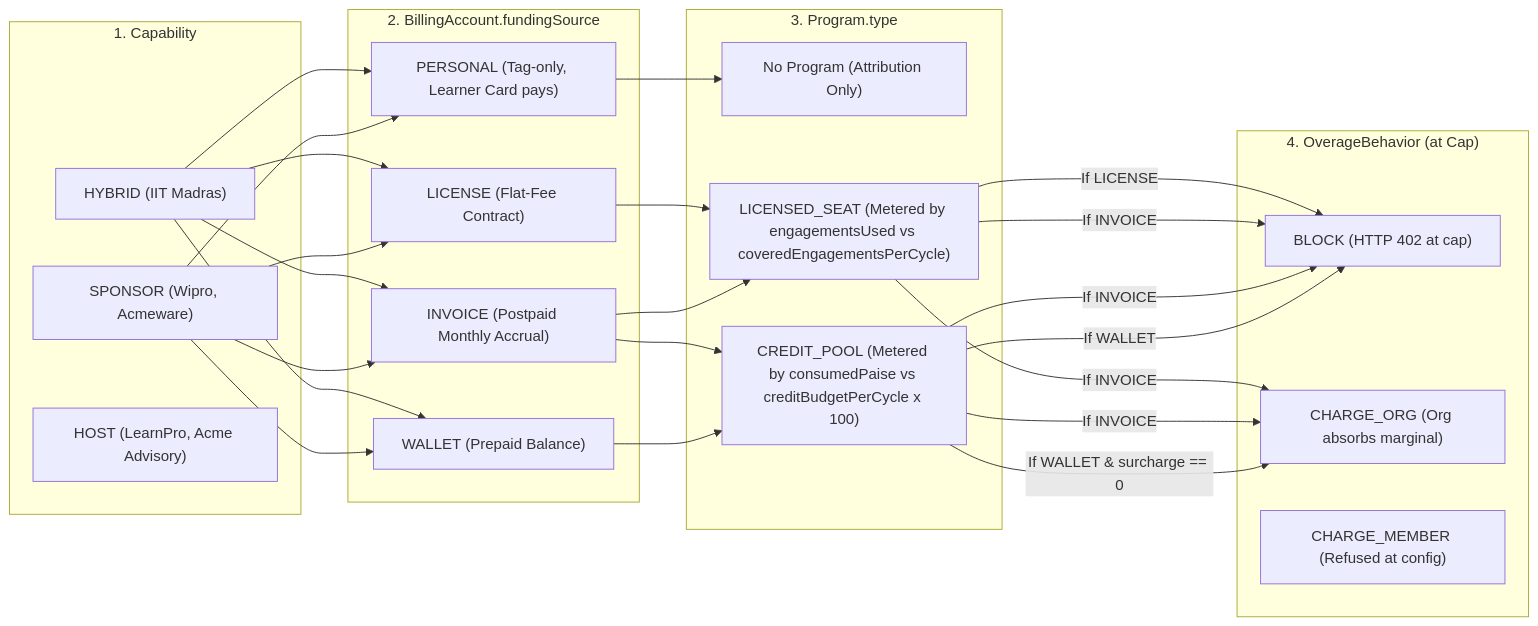
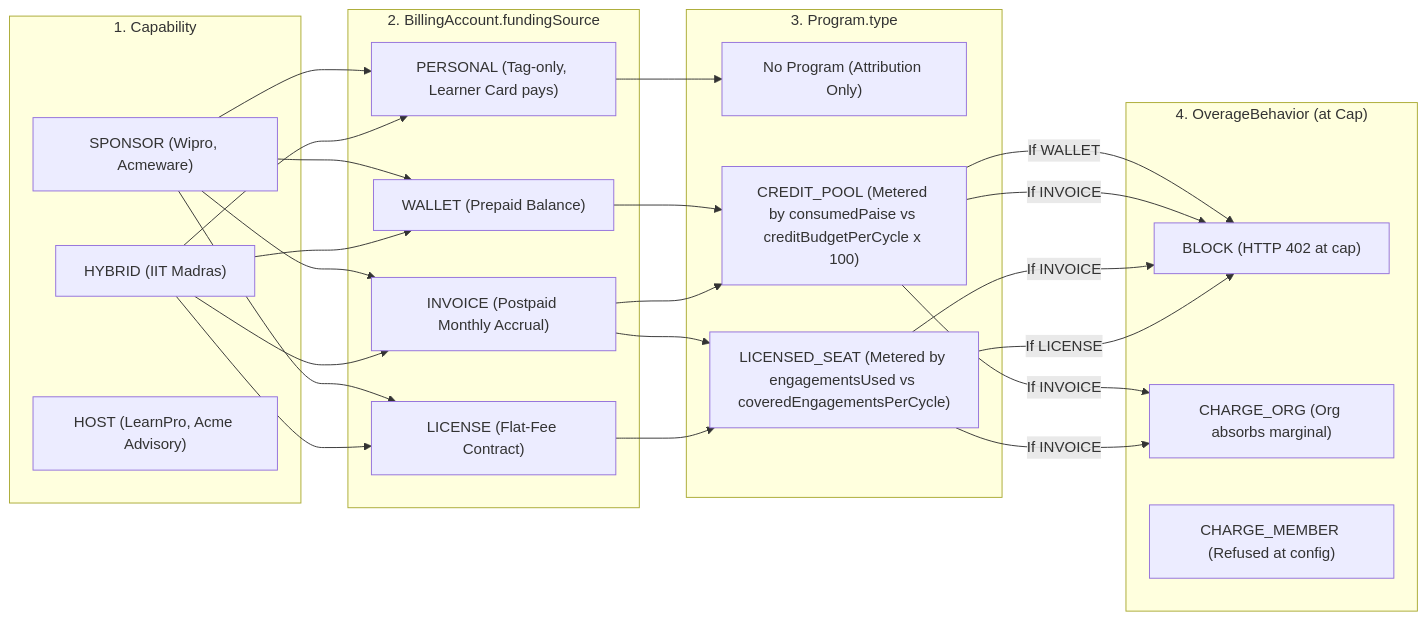
Before and after one commit to Practitionist/familiarise_web: the seventh of 10 diagrams in docs/start-here/01-booking-and-money-machinery.md, drawn with Mermaid. The commit also changed other lines of this file and 78 other files, not shown here.

````diff
--- a/docs/start-here/01-booking-and-money-machinery.md
+++ b/docs/start-here/01-booking-and-money-machinery.md
@@ -439,38 +439,37 @@
 ```mermaid
 flowchart LR
   subgraph Capability["1. Capability"]
     C_SP["SPONSOR (Wipro, Acmeware)"]
     C_HY["HYBRID (IIT Madras)"]
     C_HO["HOST (LearnPro, Acme Advisory)"]
   end
 
   subgraph Funding["2. BillingAccount.fundingSource"]
     F_PER["PERSONAL (Tag-only, Learner Card pays)"]
     F_WAL["WALLET (Prepaid Balance)"]
     F_INV["INVOICE (Postpaid Monthly Accrual)"]
     F_LIC["LICENSE (Flat-Fee Contract)"]
   end
 
   subgraph Program["3. Program.type"]
     P_NONE["No Program (Attribution Only)"]
     P_POOL["CREDIT_POOL (Metered by consumedPaise vs creditBudgetPerCycle x 100)"]
     P_SEAT["LICENSED_SEAT (Metered by engagementsUsed vs coveredEngagementsPerCycle)"]
   end
 
   subgraph Overage["4. OverageBehavior (at Cap)"]
     O_BLK["BLOCK (HTTP 402 at cap)"]
     O_ORG["CHARGE_ORG (Org absorbs marginal)"]
     O_MEM["CHARGE_MEMBER (Refused at config)"]
   end
 
   C_SP & C_HY --> F_PER --> P_NONE
   C_SP & C_HY --> F_WAL --> P_POOL
   C_SP & C_HY --> F_INV --> P_POOL & P_SEAT
   C_SP & C_HY --> F_LIC --> P_SEAT
 
   P_POOL -->|"If WALLET"| O_BLK
-  P_POOL -->|"If WALLET & surcharge == 0"| O_ORG
   P_POOL -->|"If INVOICE"| O_BLK & O_ORG
   P_SEAT -->|"If INVOICE"| O_BLK & O_ORG
   P_SEAT -->|"If LICENSE"| O_BLK
 ```
````
